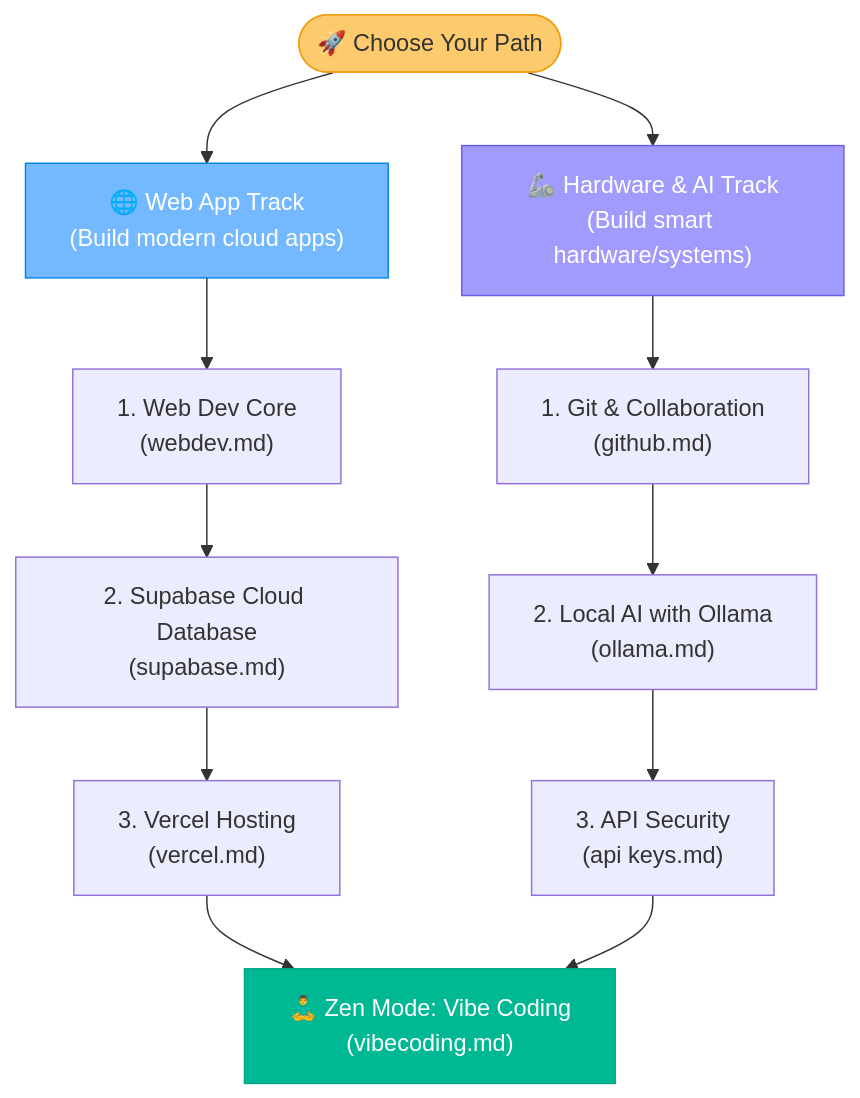
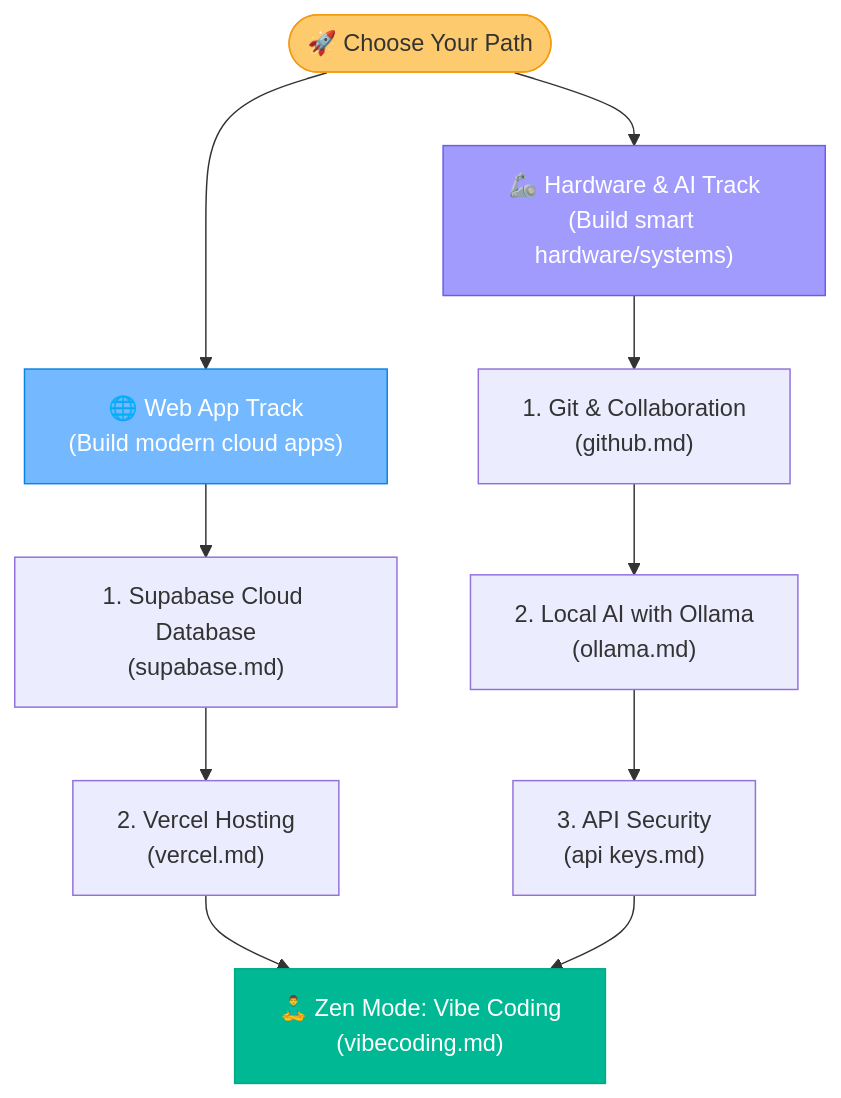
The diagram in readme.md (bharathkumar000/guides), drawn with Mermaid before and after one commit. The commit also changed other lines of this file and 2 other files, not shown here.

Commit message:
Update Antigravity guide comparison table and remove webdev references

````diff
--- a/readme.md
+++ b/readme.md
@@ -13,21 +13,20 @@
 ```mermaid
 flowchart TD
     Start(["🚀 Choose Your Path"]) --> Path1["🌐 Web App Track\n(Build modern cloud apps)"]
     Start --> Path2["🦾 Hardware & AI Track\n(Build smart hardware/systems)"]
 
-    Path1 --> Guide_Web["1. Web Dev Core\n(webdev.md)"]
-    Guide_Web --> Guide_DB["2. Supabase Cloud Database\n(supabase.md)"]
-    Guide_DB --> Guide_Deploy["3. Vercel Hosting\n(vercel.md)"]
+    Path1 --> Guide_DB["1. Supabase Cloud Database\n(supabase.md)"]
+    Guide_DB --> Guide_Deploy["2. Vercel Hosting\n(vercel.md)"]
 
     Path2 --> Guide_Git["1. Git & Collaboration\n(github.md)"]
     Guide_Git --> Guide_Ollama["2. Local AI with Ollama\n(ollama.md)"]
     Guide_Ollama --> Guide_Keys["3. API Security\n(api keys.md)"]
 
     Guide_Deploy --> Final["🧘‍♂️ Zen Mode: Vibe Coding\n(vibecoding.md)"]
     Guide_Keys --> Final
 
     style Start fill:#fdcb6e,stroke:#f39c12,color:#333
     style Path1 fill:#74b9ff,stroke:#0984e3,color:#fff
     style Path2 fill:#a29bfe,stroke:#6c5ce7,color:#fff
     style Final fill:#00b894,stroke:#00a884,color:#fff
 ```
````
